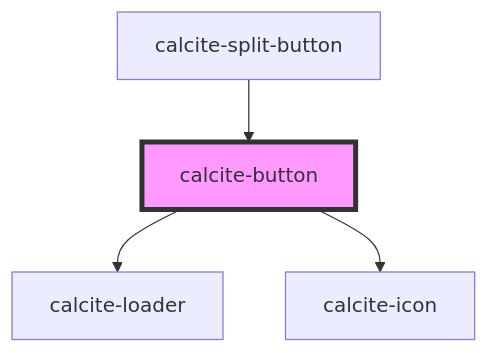
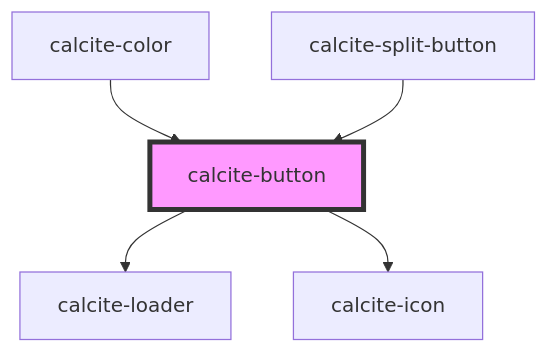
One commit to vikivakarvc/calcite-design-system changed the diagram in src/components/calcite-button/readme.md. Above: the diagram before and after it, drawn with Mermaid. The commit also changed other lines of this file and 9242 other files, not shown here.

````diff
--- a/src/components/calcite-button/readme.md
+++ b/src/components/calcite-button/readme.md
@@ -47,7 +54,8 @@
 ```mermaid
 graph TD;
   calcite-button --> calcite-loader
   calcite-button --> calcite-icon
+  calcite-color --> calcite-button
   calcite-split-button --> calcite-button
   style calcite-button fill:#f9f,stroke:#333,stroke-width:4px
 ```
````
